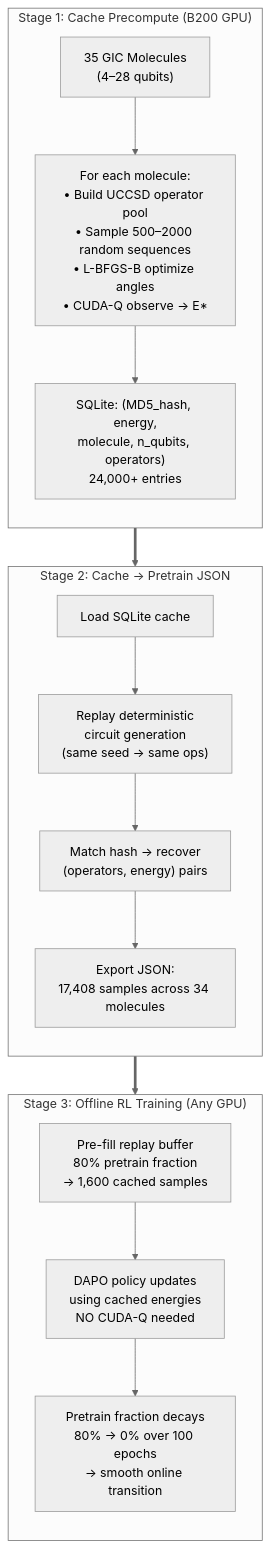
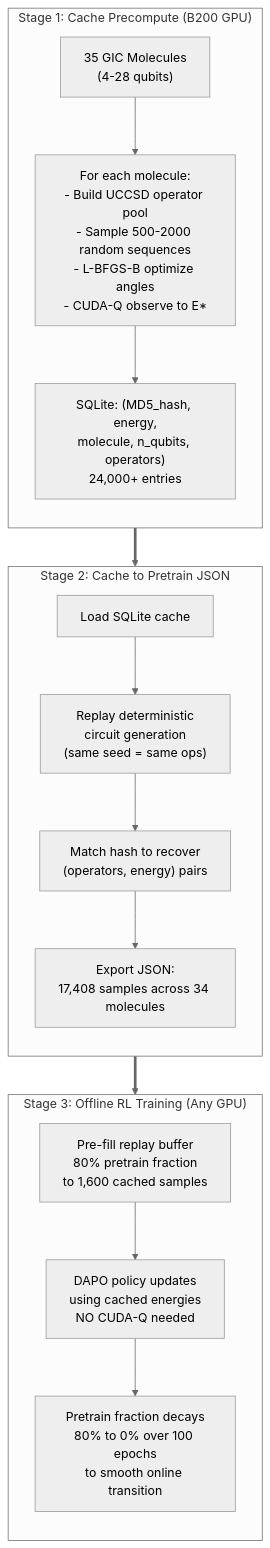
The ninth of 11 diagrams in README.md (Quantum-Buddies/Conditional-GQE_materials), drawn with Mermaid (neutral theme) before and after one commit. The commit also changed other lines of this file, not shown here.

First line of the commit message:
fix: replace all Unicode with ASCII in Mermaid diagrams for GitHub rendering

````diff
--- a/README.md
+++ b/README.md
@@ -461,29 +461,29 @@
 ```mermaid
 flowchart TD
     subgraph Cache_Build ["Stage 1: Cache Precompute (B200 GPU)"]
         direction TB
-        Mols1["35 GIC Molecules<br>(4–28 qubits)"]
-        Gen["For each molecule:<br>• Build UCCSD operator pool<br>• Sample 500–2000 random sequences<br>• L-BFGS-B optimize angles<br>• CUDA-Q observe → E*"]
+        Mols1["35 GIC Molecules<br>(4-28 qubits)"]
+        Gen["For each molecule:<br>- Build UCCSD operator pool<br>- Sample 500-2000 random sequences<br>- L-BFGS-B optimize angles<br>- CUDA-Q observe to E*"]
         Store["SQLite: (MD5_hash, energy,<br>molecule, n_qubits, operators)<br>24,000+ entries"]
         Mols1 --> Gen --> Store
     end
 
-    subgraph Recovery ["Stage 2: Cache → Pretrain JSON"]
+    subgraph Recovery ["Stage 2: Cache to Pretrain JSON"]
         direction TB
         Load["Load SQLite cache"]
-        Replay2["Replay deterministic<br>circuit generation<br>(same seed → same ops)"]
-        Match["Match hash → recover<br>(operators, energy) pairs"]
+        Replay2["Replay deterministic<br>circuit generation<br>(same seed = same ops)"]
+        Match["Match hash to recover<br>(operators, energy) pairs"]
         Export["Export JSON:<br>17,408 samples across 34 molecules"]
         Load --> Replay2 --> Match --> Export
     end
 
     subgraph Offline ["Stage 3: Offline RL Training (Any GPU)"]
         direction TB
-        Prefill["Pre-fill replay buffer<br>80% pretrain fraction<br>→ 1,600 cached samples"]
+        Prefill["Pre-fill replay buffer<br>80% pretrain fraction<br>to 1,600 cached samples"]
         Train["DAPO policy updates<br>using cached energies<br>NO CUDA-Q needed"]
-        Decay["Pretrain fraction decays<br>80% → 0% over 100 epochs<br>→ smooth online transition"]
+        Decay["Pretrain fraction decays<br>80% to 0% over 100 epochs<br>to smooth online transition"]
         Prefill --> Train --> Decay
     end
 
     Cache_Build ==> Recovery ==> Offline
 ```
````
